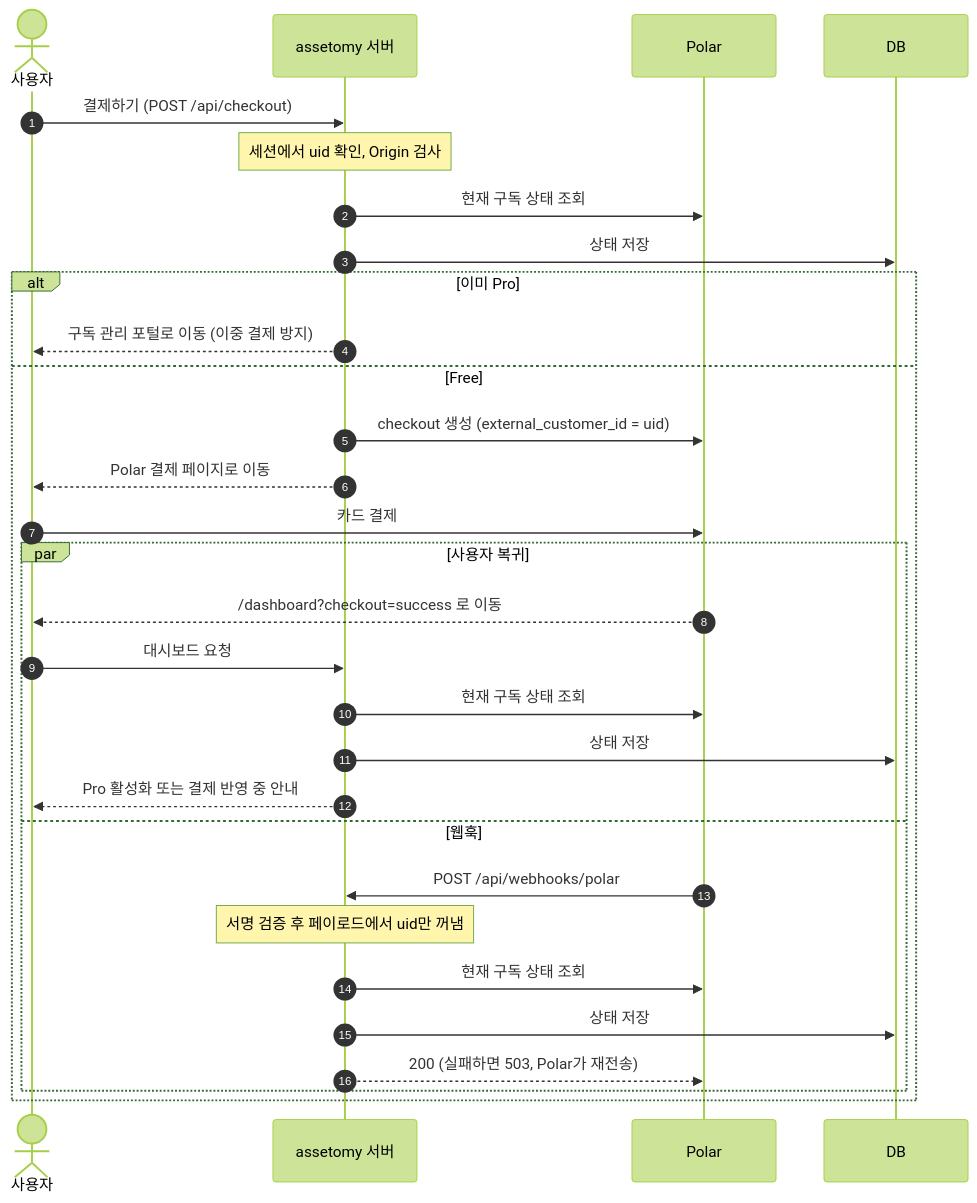
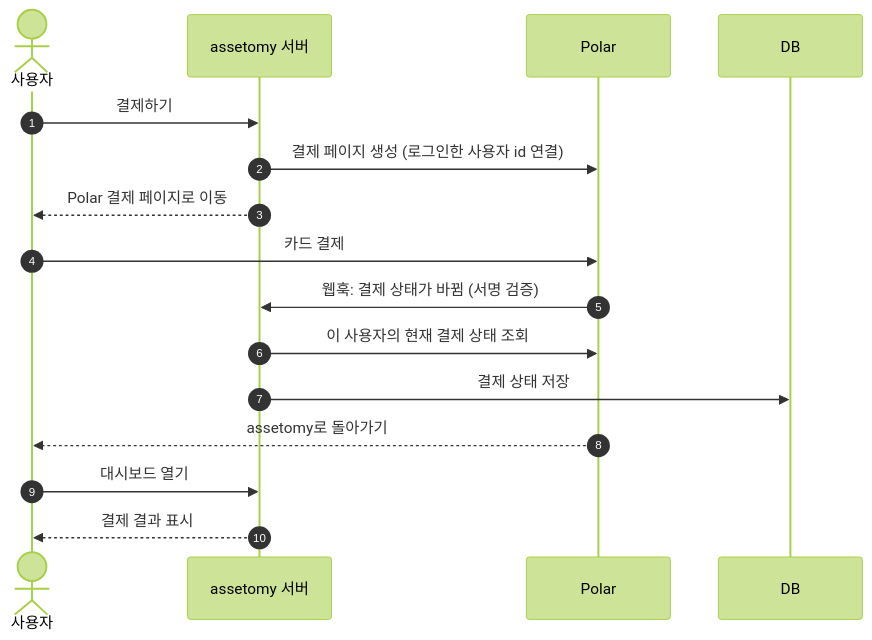
The diagram in README.md (corea1836/Assetomy), drawn with Mermaid (forest theme) before and after one commit. The commit also changed other lines of this file, not shown here.

Commit message:
docs: README 결제 흐름도를 일반 결제 흐름으로 단순화하고 환경 분리·코드 위치 섹션 제거

````diff
--- a/README.md
+++ b/README.md
@@ -15,33 +15,19 @@
 ```mermaid
 sequenceDiagram
     autonumber
     actor U as 사용자
     participant A as assetomy 서버
     participant P as Polar
     participant D as DB
 
-    U->>A: 결제하기 (POST /api/checkout)
-    Note over A: 세션에서 uid 확인, Origin 검사
-    A->>P: 현재 구독 상태 조회
-    A->>D: 상태 저장
-    alt 이미 Pro
-        A-->>U: 구독 관리 포털로 이동 (이중 결제 방지)
-    else Free
-        A->>P: checkout 생성 (external_customer_id = uid)
-        A-->>U: Polar 결제 페이지로 이동
-        U->>P: 카드 결제
-        par 사용자 복귀
-            P-->>U: /dashboard?checkout=success 로 이동
-            U->>A: 대시보드 요청
-            A->>P: 현재 구독 상태 조회
-            A->>D: 상태 저장
-            A-->>U: Pro 활성화 또는 결제 반영 중 안내
-        and 웹훅
-            P->>A: POST /api/webhooks/polar
-            Note over A: 서명 검증 후 페이로드에서 uid만 꺼냄
-            A->>P: 현재 구독 상태 조회
-            A->>D: 상태 저장
-            A-->>P: 200 (실패하면 503, Polar가 재전송)
-        end
-    end
+    U->>A: 결제하기
+    A->>P: 결제 페이지 생성 (로그인한 사용자 id 연결)
+    A-->>U: Polar 결제 페이지로 이동
+    U->>P: 카드 결제
+    P->>A: 웹훅: 결제 상태가 바뀜 (서명 검증)
+    A->>P: 이 사용자의 현재 결제 상태 조회
+    A->>D: 결제 상태 저장
+    P-->>U: assetomy로 돌아가기
+    U->>A: 대시보드 열기
+    A-->>U: 결제 결과 표시
 ```
````
